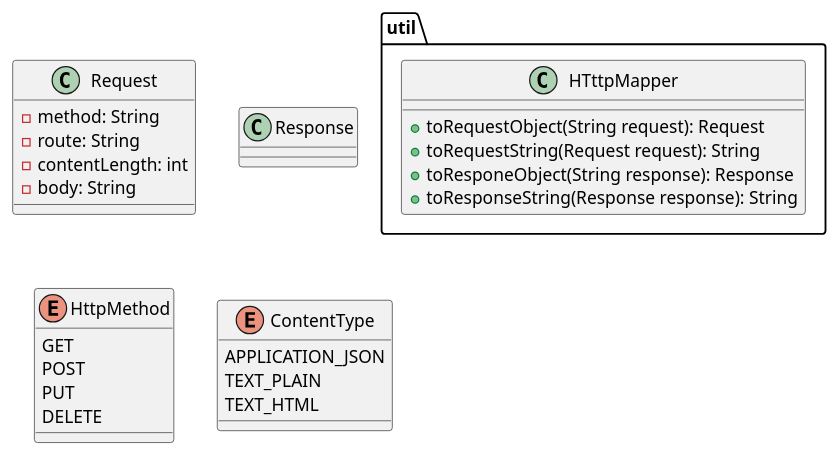
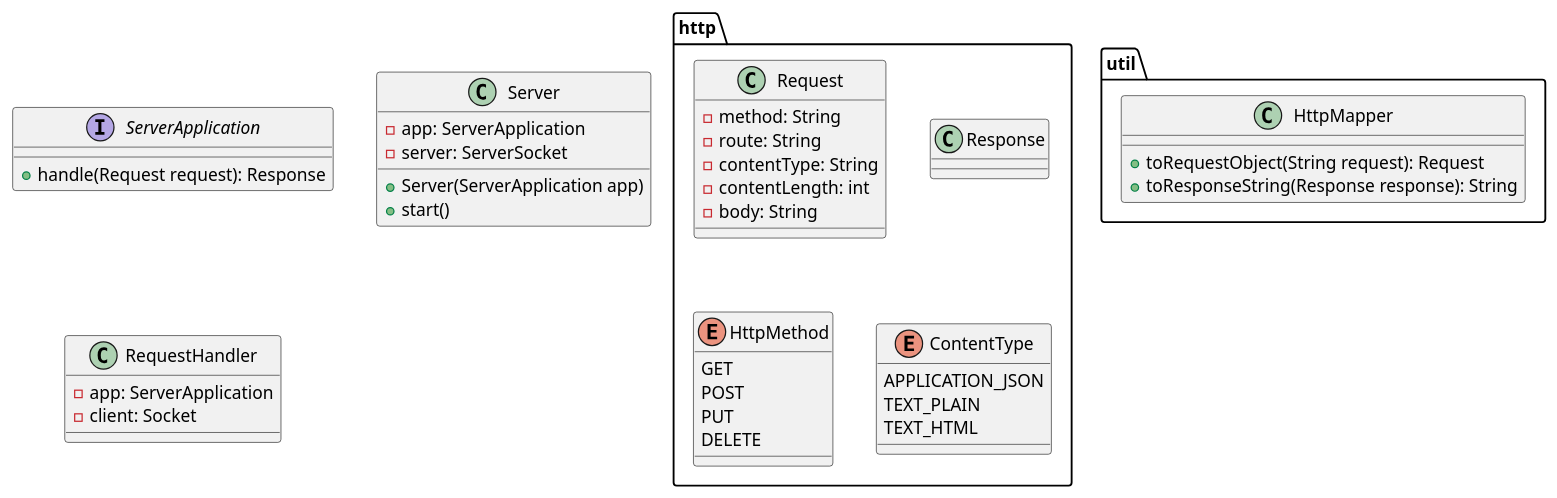
The diagram in uml/server_classes.puml (LWW1206/swen1_MTCG), drawn with PlantUML before and after one commit. The commit also changed 19 other files, not shown here.

```diff
--- a/uml/server_classes.puml
+++ b/uml/server_classes.puml
@@ -1,36 +1,58 @@
 @startuml
 
+package http {
 
-class Request {
-    - method: String
-    - route: String
-    - contentLength: int
-    - body: String
+    class Request {
+        - method: String
+        - route: String
+        - contentType: String
+        - contentLength: int
+        - body: String
     }
 
-class Response {
-}
+    class Response {
 
-enum HttpMethod {
-    GET
-    POST
-    PUT
-    DELETE
     }
 
-enum ContentType {
-    APPLICATION_JSON
-    TEXT_PLAIN
-    TEXT_HTML
+    enum HttpMethod {
+        GET
+        POST
+        PUT
+        DELETE
+    }
+
+    enum ContentType {
+        APPLICATION_JSON
+        TEXT_PLAIN
+        TEXT_HTML
+    }
+
 }
 
 package util {
-    class HTttpMapper {
-    + toRequestObject(String request): Request
-    + toRequestString(Request request): String
-    + toResponeObject(String response): Response
-    + toResponseString(Response response): String
+
+    class HttpMapper {
+        + toRequestObject(String request): Request
+        + toResponseString(Response response): String
+    }
+
 }
+
+interface ServerApplication {
+    + handle(Request request): Response
+}
+
+class Server {
+    - app: ServerApplication
+    - server: ServerSocket
+
+    + Server(ServerApplication app)
+    + start()
+}
+
+class RequestHandler {
+    - app: ServerApplication
+    - client: Socket
 }
 
 @enduml
```
